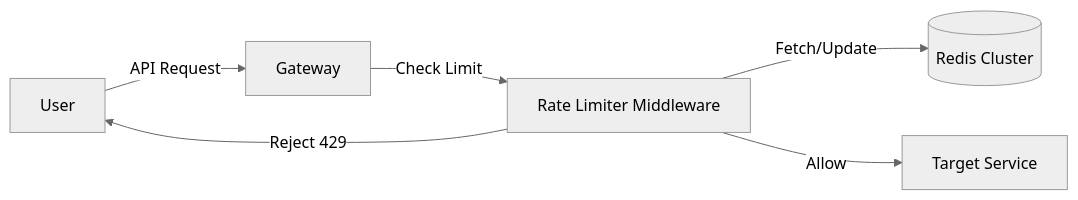
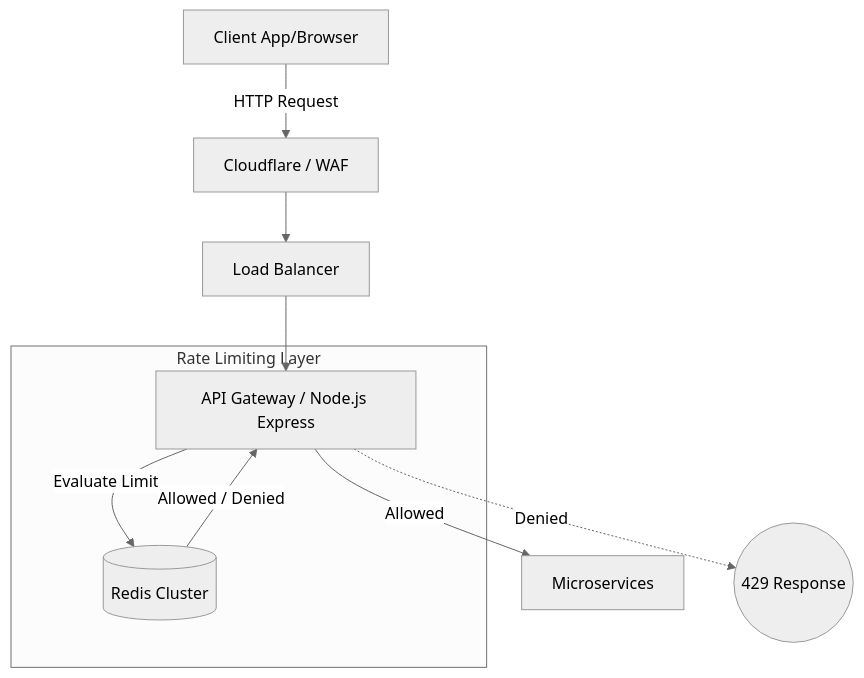
One commit to arjunjgowda/lifecycle changed the diagram in 02-architect/hld.md. Above: the diagram before and after it, drawn with Mermaid (neutral theme). The commit also changed other lines of this file and 8 other files, not shown here.

Commit message:
docs: formalize API rate-limiting lifecycle documentation and update implementation specifications

````diff
--- a/02-architect/hld.md
+++ b/02-architect/hld.md
@@ -7,8 +8,14 @@
 ```mermaid
-graph LR
-    User -->|API Request| Gateway
-    Gateway -->|Check Limit| Limiter[Rate Limiter Middleware]
-    Limiter -->|Fetch/Update| Redis[(Redis Cluster)]
-    Limiter -->|Allow| Backend[Target Service]
-    Limiter -->|Reject 429| User
+graph TD
+    Client[Client App/Browser] -->|HTTP Request| WAF[Cloudflare / WAF]
+    WAF --> LB[Load Balancer]
+    LB --> API[API Gateway / Node.js Express]
+    
+    subgraph Rate Limiting Layer
+    API -->|Evaluate Limit| Redis[(Redis Cluster)]
+    Redis -->|Allowed / Denied| API
+    end
+    
+    API -- Allowed --> Backend[Microservices]
+    API -. Denied .-> Client429((429 Response))
 ```
````
